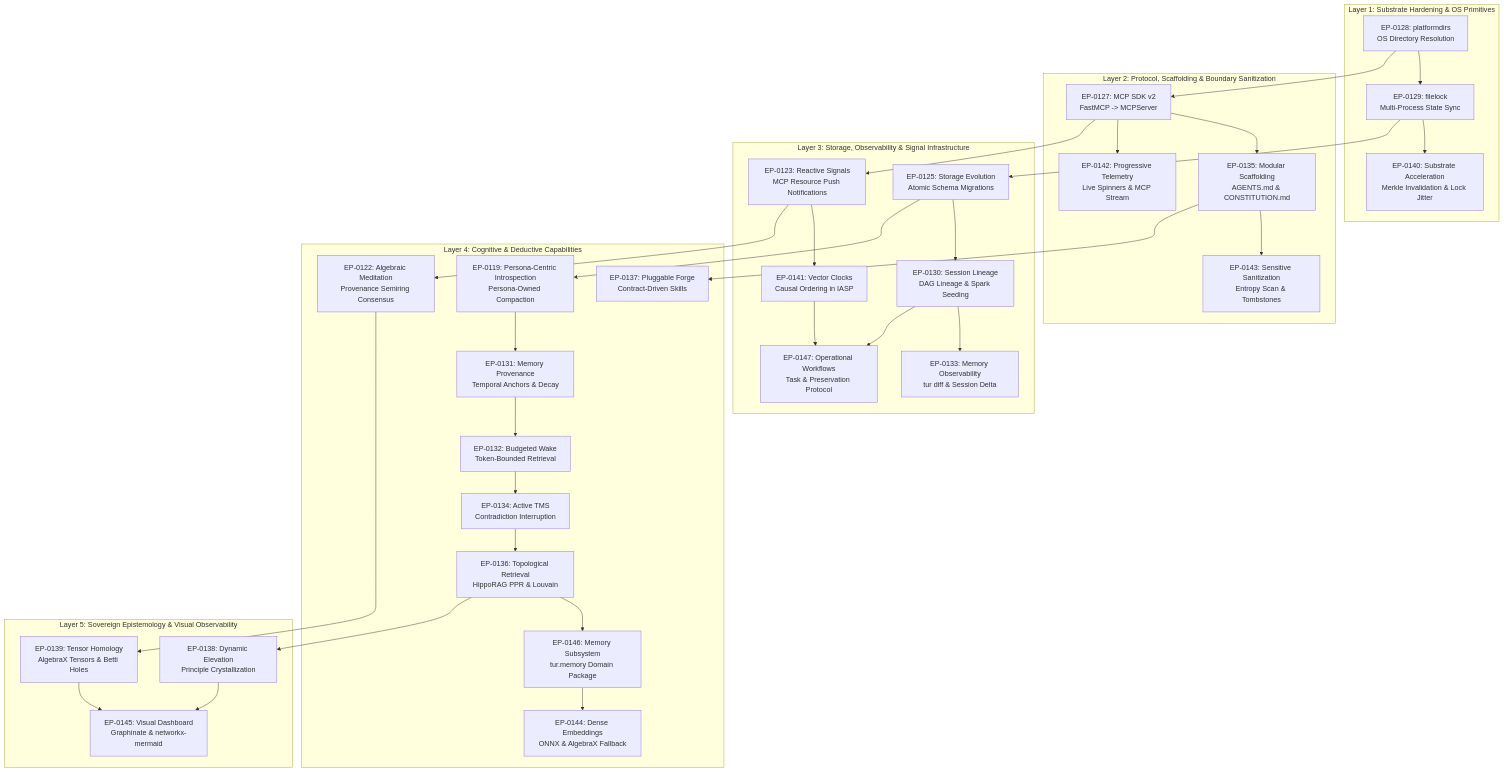
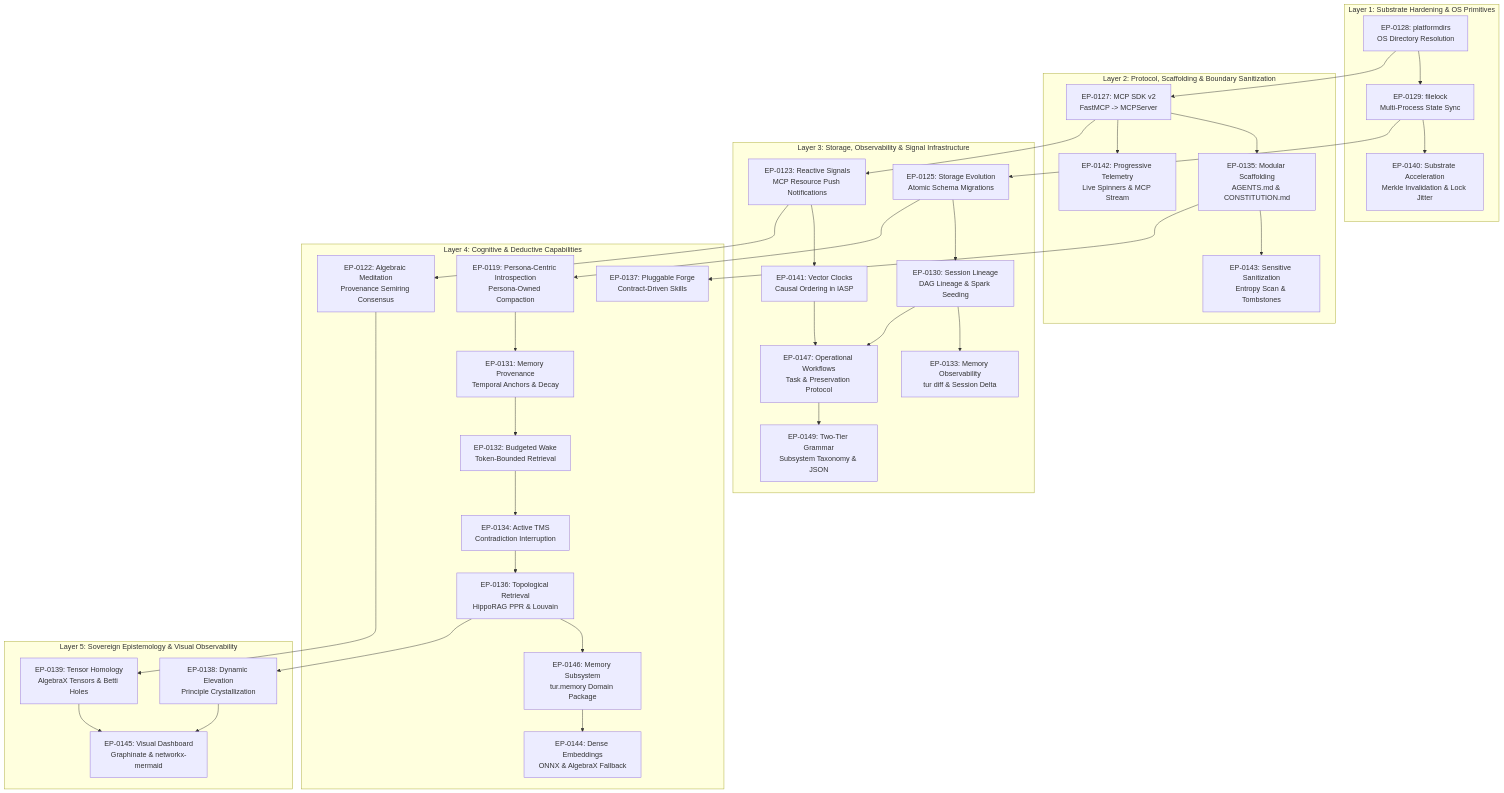
One commit to erivlis/tur changed the diagram in docs/proposals/EP-0002-roadmap.md. Above: the diagram before and after it, drawn with Mermaid. The commit also changed other lines of this file, not shown here.

Commit message:
docs: Update EP-0002 roadmap to include EP-0149 and EP-0150 proposals

````diff
--- a/docs/proposals/EP-0002-roadmap.md
+++ b/docs/proposals/EP-0002-roadmap.md
@@ -60,69 +60,71 @@
 ```mermaid
 graph TD
     subgraph L1 ["Layer 1: Substrate Hardening & OS Primitives"]
         EP0128[EP-0128: platformdirs<br/>OS Directory Resolution]
         EP0129[EP-0129: filelock<br/>Multi-Process State Sync]
         EP0140[EP-0140: Substrate Acceleration<br/>Merkle Invalidation & Lock Jitter]
     end
 
     subgraph L2 ["Layer 2: Protocol, Scaffolding & Boundary Sanitization"]
         EP0127[EP-0127: MCP SDK v2<br/>FastMCP -> MCPServer]
         EP0135[EP-0135: Modular Scaffolding<br/>AGENTS.md & CONSTITUTION.md]
         EP0142[EP-0142: Progressive Telemetry<br/>Live Spinners & MCP Stream]
         EP0143[EP-0143: Sensitive Sanitization<br/>Entropy Scan & Tombstones]
     end
 
     subgraph L3 ["Layer 3: Storage, Observability & Signal Infrastructure"]
         EP0125[EP-0125: Storage Evolution<br/>Atomic Schema Migrations]
         EP0123[EP-0123: Reactive Signals<br/>MCP Resource Push Notifications]
         EP0130[EP-0130: Session Lineage<br/>DAG Lineage & Spark Seeding]
         EP0133[EP-0133: Memory Observability<br/>tur diff & Session Delta]
         EP0141[EP-0141: Vector Clocks<br/>Causal Ordering in IASP]
         EP0147[EP-0147: Operational Workflows<br/>Task & Preservation Protocol]
+        EP0149[EP-0149: Two-Tier Grammar<br/>Subsystem Taxonomy & JSON]
     end
 
     subgraph L4 ["Layer 4: Cognitive & Deductive Capabilities"]
         EP0119[EP-0119: Persona-Centric Introspection<br/>Persona-Owned Compaction]
         EP0122[EP-0122: Algebraic Meditation<br/>Provenance Semiring Consensus]
         EP0131[EP-0131: Memory Provenance<br/>Temporal Anchors & Decay]
         EP0132[EP-0132: Budgeted Wake<br/>Token-Bounded Retrieval]
         EP0134[EP-0134: Active TMS<br/>Contradiction Interruption]
         EP0136[EP-0136: Topological Retrieval<br/>HippoRAG PPR & Louvain]
         EP0146[EP-0146: Memory Subsystem<br/>tur.memory Domain Package]
         EP0144[EP-0144: Dense Embeddings<br/>ONNX & AlgebraX Fallback]
         EP0137[EP-0137: Pluggable Forge<br/>Contract-Driven Skills]
     end
 
     subgraph L5 ["Layer 5: Sovereign Epistemology & Visual Observability"]
         EP0138[EP-0138: Dynamic Elevation<br/>Principle Crystallization]
         EP0139[EP-0139: Tensor Homology<br/>AlgebraX Tensors & Betti Holes]
         EP0145[EP-0145: Visual Dashboard<br/>Graphinate & networkx-mermaid]
     end
 
     EP0128 --> EP0129
     EP0129 --> EP0140
     EP0128 --> EP0127
     EP0127 --> EP0135
     EP0127 --> EP0142
     EP0135 --> EP0143
     EP0129 --> EP0125
     EP0127 --> EP0123
     EP0123 --> EP0141
     EP0125 --> EP0130
     EP0130 --> EP0133
     EP0130 --> EP0147
     EP0141 --> EP0147
+    EP0147 --> EP0149
     EP0125 --> EP0119
     EP0123 --> EP0122
     EP0119 --> EP0131
     EP0131 --> EP0132
     EP0132 --> EP0134
     EP0134 --> EP0136
     EP0136 --> EP0146
     EP0146 --> EP0144
     EP0135 --> EP0137
     EP0136 --> EP0138
     EP0122 --> EP0139
     EP0138 --> EP0145
     EP0139 --> EP0145
 ```
````
